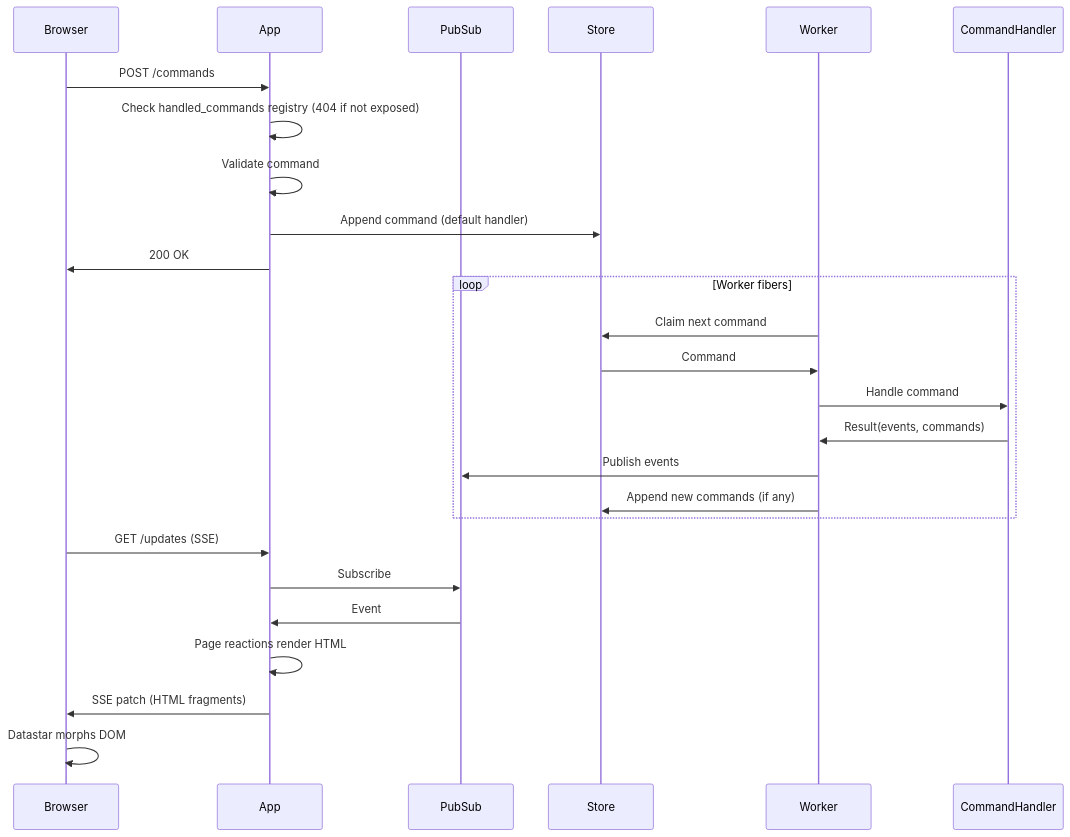
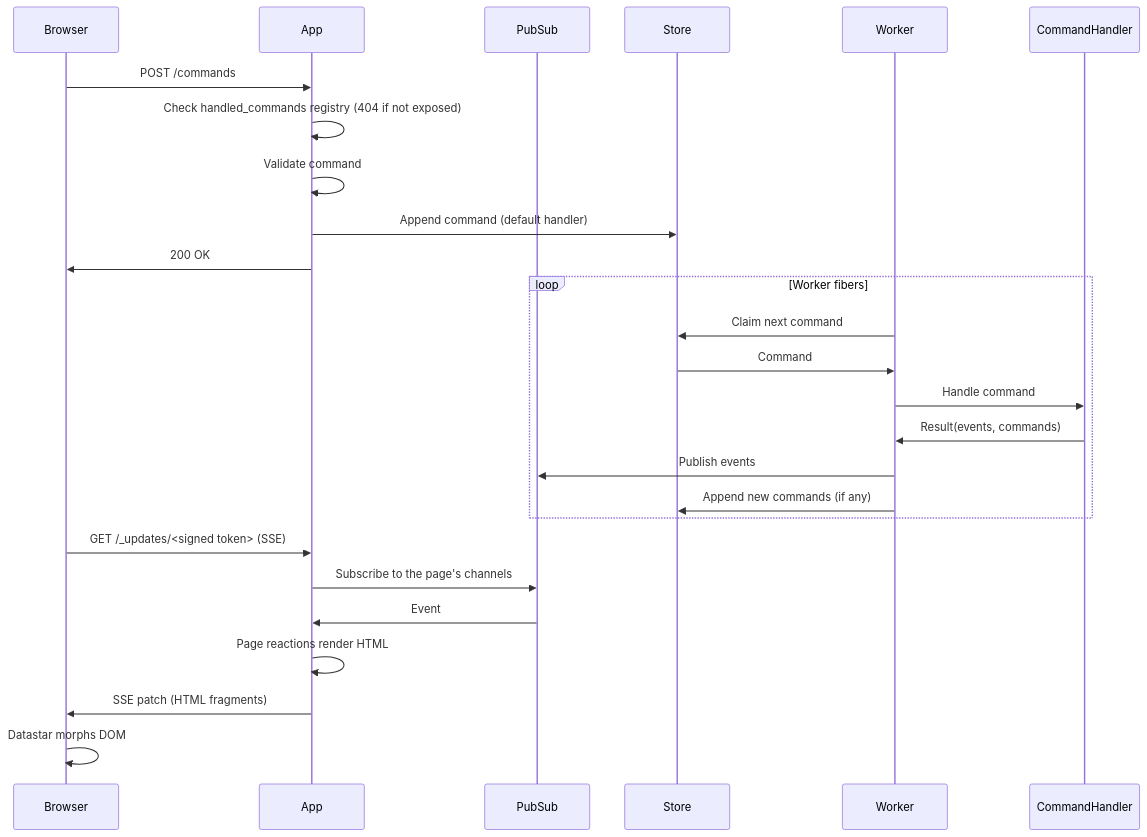
The diagram in README.md (ismasan/sidereal), drawn with Mermaid before and after one commit. The commit also changed other lines of this file and 22 other files, not shown here.

First line of the commit message:
Subscribe pages to the channels they name, through signed stream URLs

````diff
--- a/README.md
+++ b/README.md
@@ -2307,33 +2353,33 @@
 ```mermaid
 sequenceDiagram
     participant Browser
     participant App
     participant PubSub
     participant Store
     participant Worker
     participant CommandHandler
 
     Browser->>App: POST /commands
     App->>App: Check handled_commands registry (404 if not exposed)
     App->>App: Validate command
     App->>Store: Append command (default handler)
     App->>Browser: 200 OK
 
 
     loop Worker fibers
         Worker->>Store: Claim next command
         Store->>Worker: Command
         Worker->>CommandHandler: Handle command
         CommandHandler->>Worker: Result(events, commands)
         Worker->>PubSub: Publish events
         Worker->>Store: Append new commands (if any)
     end
 
 
-    Browser->>App: GET /updates (SSE)
-    App->>PubSub: Subscribe
+    Browser->>App: GET /_updates/<signed token> (SSE)
+    App->>PubSub: Subscribe to the page's channels
     PubSub->>App: Event
     App->>App: Page reactions render HTML
     App->>Browser: SSE patch (HTML fragments)
     Browser->>Browser: Datastar morphs DOM
 ```
````
